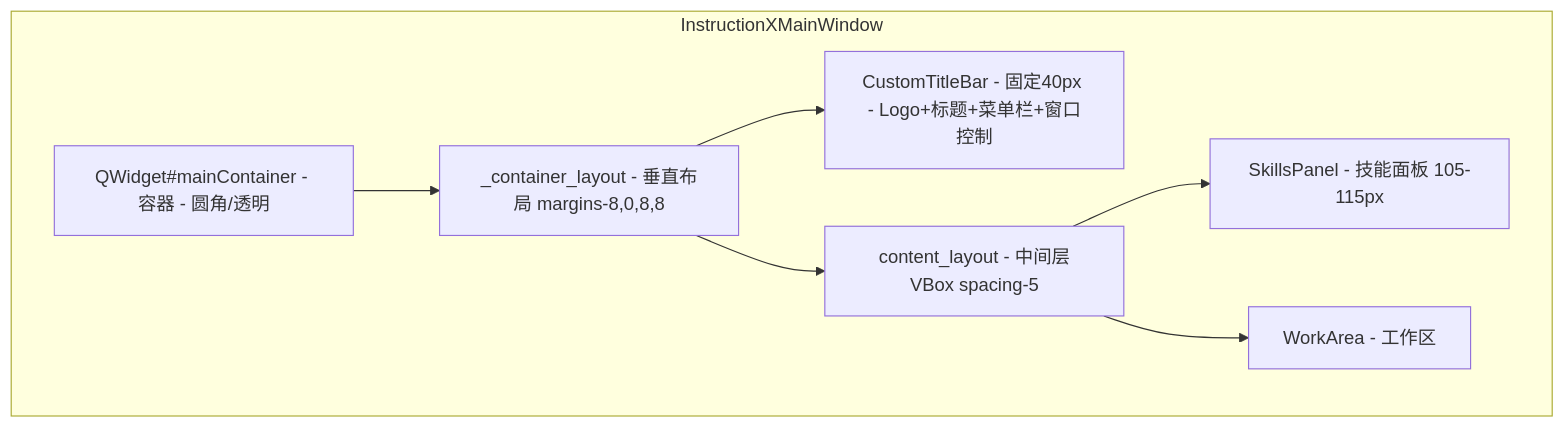
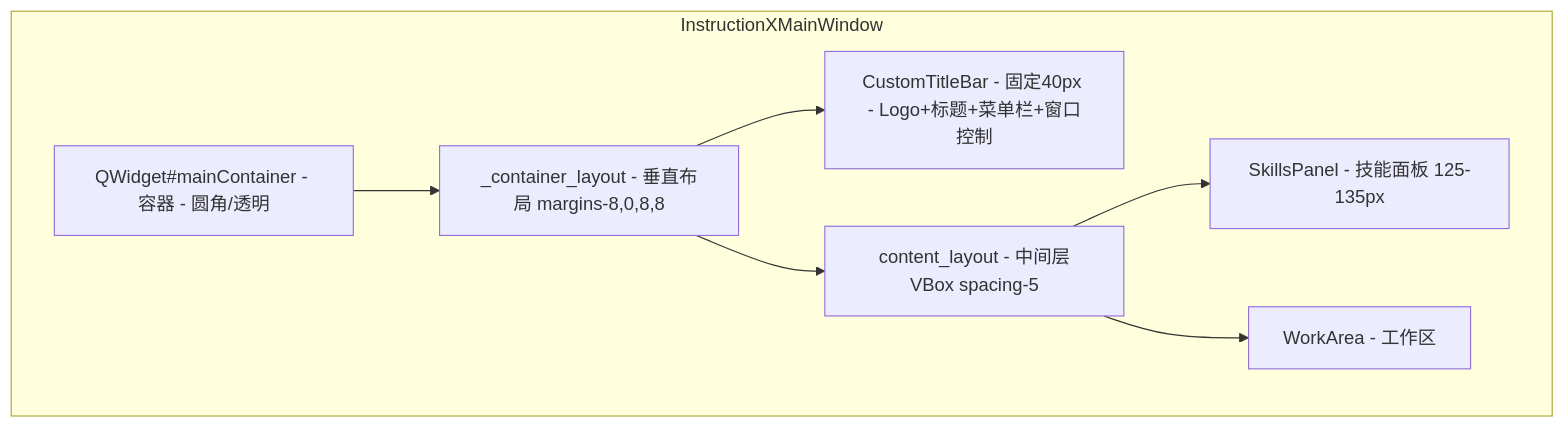
The first of 5 diagrams in docs/ui/main-window.md (KKPIP-Tech/InstructionX), drawn with Mermaid before and after one commit. The commit also changed other lines of this file and 13 other files, not shown here.

````diff
--- a/docs/ui/main-window.md
+++ b/docs/ui/main-window.md
@@ -19,17 +19,17 @@
 ```mermaid
 graph TB
     subgraph Window [InstructionXMainWindow]
         Container[QWidget#mainContainer - 容器 - 圆角/透明]
         CL[_container_layout - 垂直布局 margins-8,0,8,8]
         TitleBar[CustomTitleBar - 固定40px - Logo+标题+菜单栏+窗口控制]
         Content[content_layout - 中间层VBox spacing-5]
-        SP[SkillsPanel - 技能面板 105-115px]
+        SP[SkillsPanel - 技能面板 125-135px]
         WA[WorkArea - 工作区]
     end
 
     Container --> CL
     CL --> TitleBar
     CL --> Content
     Content --> SP
     Content --> WA
 ```
````
